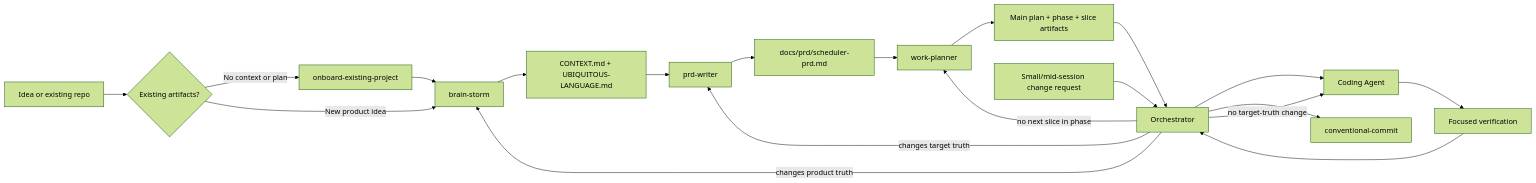
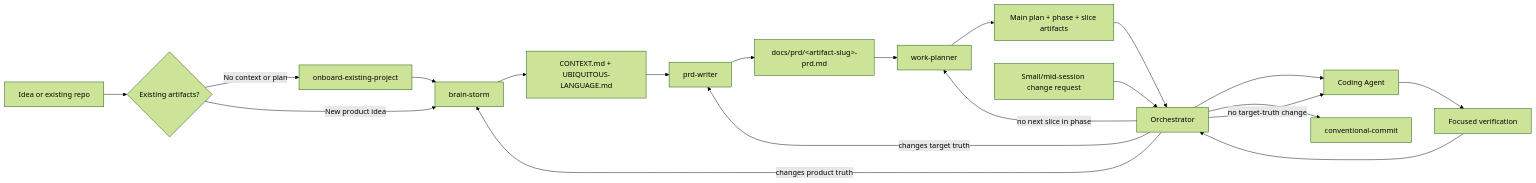
Before and after one commit to smikelson75/AI.Workflows: the diagram in README.md, drawn with Mermaid (forest theme). The commit also changed other lines of this file and 10 other files, not shown here.

First line of the commit message:
docs(workflows): derive artifact slug for prd and plan paths

````diff
--- a/README.md
+++ b/README.md
@@ -46,22 +47,22 @@
 ```mermaid
 flowchart LR
     A[Idea or existing repo] --> B{Existing artifacts?}
     B -->|No context or plan| C[onboard-existing-project]
     B -->|New product idea| D[brain-storm]
     C --> D
     D --> E[CONTEXT.md + UBIQUITOUS-LANGUAGE.md]
     E --> F[prd-writer]
-    F --> G[docs/prd/scheduler-prd.md]
+    F --> G[docs/prd/&lt;artifact-slug&gt;-prd.md]
     G --> H[work-planner]
     H --> I[Main plan + phase + slice artifacts]
     I --> J[Orchestrator]
     J --> K[Coding Agent]
     K --> L[Focused verification]
     L --> J
     J --> M[conventional-commit]
     N[Small/mid-session change request] --> J
     J -->|no target-truth change| K
     J -->|changes target truth| F
     J -->|changes product truth| D
     J -->|no next slice in phase| H
 ```
````
